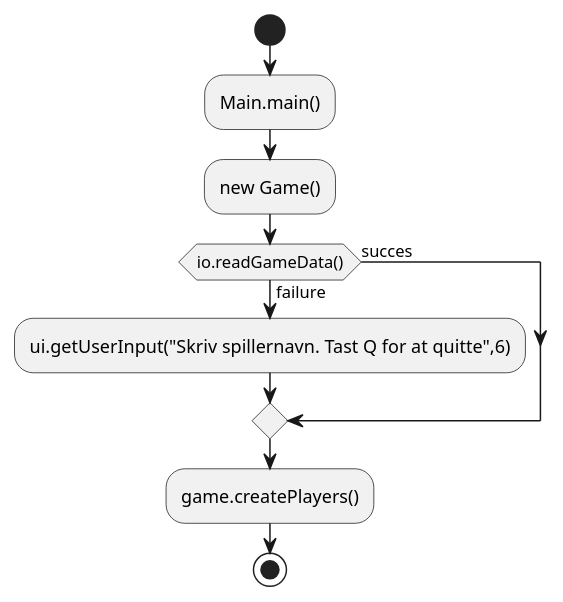
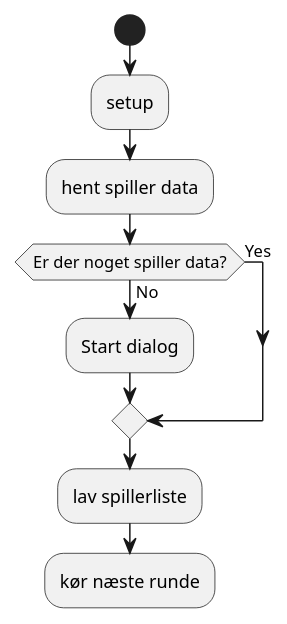
One commit to tessG/Monopoly24 changed the diagram in doc/ActivityDiagram_startGame_1.puml. Above: the diagram before and after it, drawn with PlantUML. The commit also changed 10 other files, not shown here.

```diff
--- a/doc/ActivityDiagram_startGame_1.puml
+++ b/doc/ActivityDiagram_startGame_1.puml
@@ -3,19 +1,24 @@
 @startuml
 'https://plantuml.com/activity-diagram-beta
 
 start
-:Main.main();
-:new Game();
-if (io.readGameData()) then (succes)
 
-else (failure)
-     :ui.getUserInput("Skriv spillernavn. Tast Q for at quitte",6);
+:setup;
+:hent spiller data;
+if (Er der noget spiller data?) then (Yes)
+
+
+   else (No)
+
+   :Start dialog;
+
+
 
       endif
+        label s
+         :lav spillerliste;
 
-:game.createPlayers();
+      :kør næste runde;
 
 
-stop
-
 @enduml
```
